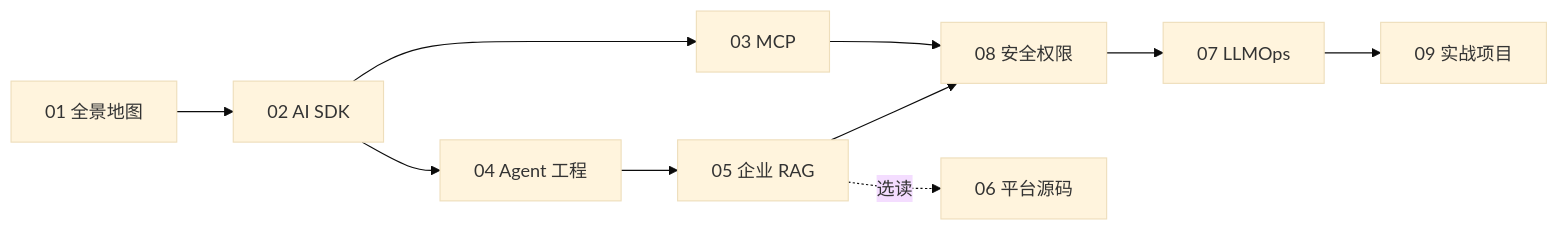
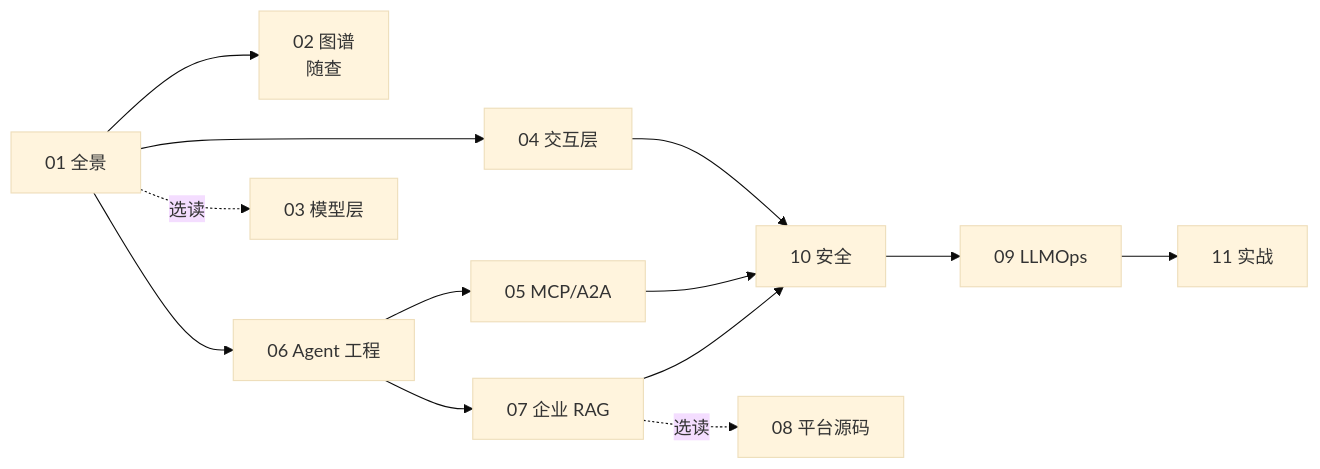
One commit to EliaukUsagi/eliauk-agent-dev-knowledge changed the second of 2 diagrams in 企业级AI应用开发实战/README.md. Above: the diagram before and after it, drawn with Mermaid (base theme). The commit also changed other lines of this file and 15 other files, not shown here.

````diff
--- a/企业级AI应用开发实战/README.md
+++ b/企业级AI应用开发实战/README.md
@@ -77,12 +82,13 @@
 ```mermaid
 graph LR
-    P0[01 全景地图] --> P1[02 AI SDK]
-    P1 --> P2[03 MCP]
-    P1 --> P3[04 Agent 工程]
-    P3 --> P4[05 企业 RAG]
-    P2 --> P5[08 安全权限]
-    P4 --> P5
-    P5 --> P6[07 LLMOps]
-    P6 --> P7[09 实战项目]
-    P4 -.选读.-> P8[06 平台源码]
+    P1[01 全景] --> P2[02 图谱<br/>随查]
+    P1 --> P4[04 交互层]
+    P1 --> P6[06 Agent 工程]
+    P6 --> P5[05 MCP/A2A]
+    P6 --> P7[07 企业 RAG]
+    P4 & P5 & P7 --> P10[10 安全]
+    P10 --> P9[09 LLMOps]
+    P9 --> P11[11 实战]
+    P1 -.选读.-> P3[03 模型层]
+    P7 -.选读.-> P8[08 平台源码]
 ```
````
